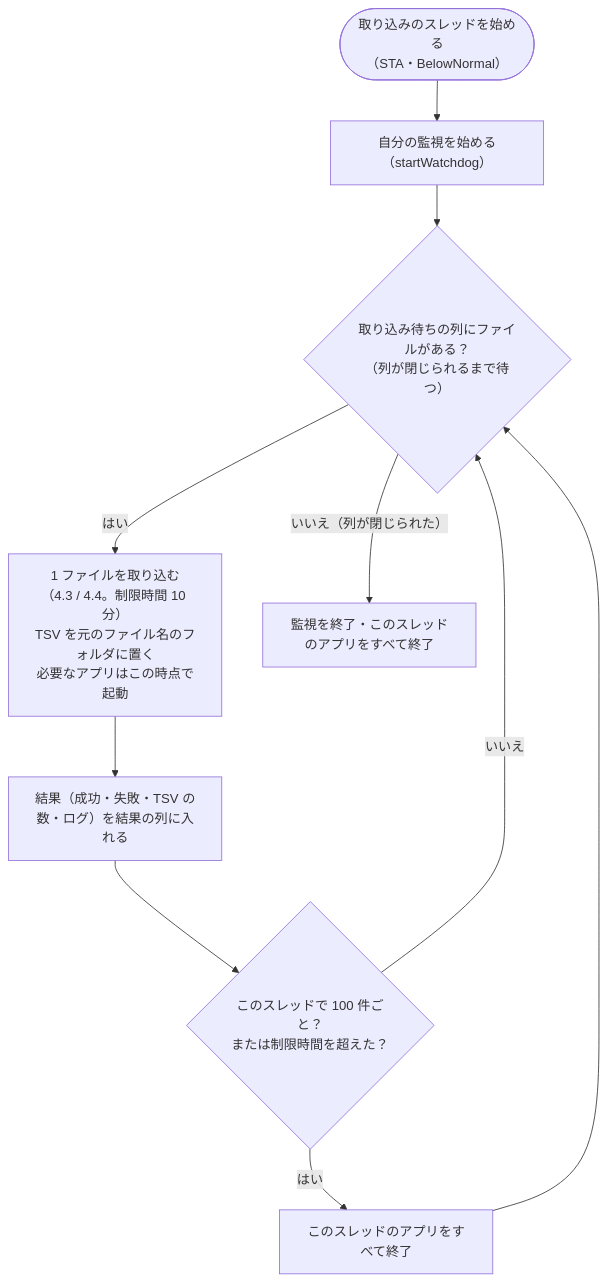
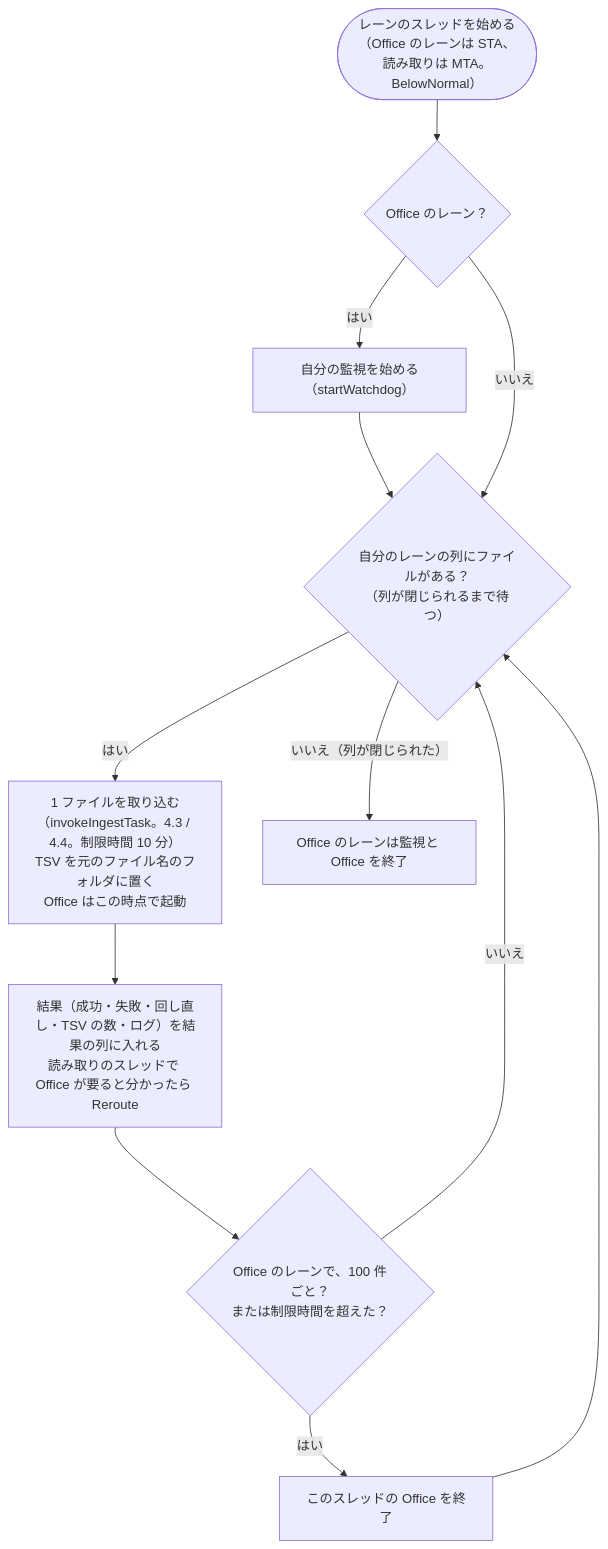
One commit to hsgwa/tebunko changed the second of 2 diagrams in docs/01_インデックス作成_4_メインフローと取り込み一覧.md. Above: the diagram before and after it, drawn with Mermaid. The commit also changed other lines of this file and 19 other files, not shown here.

````diff
--- a/docs/01_インデックス作成_4_メインフローと取り込み一覧.md
+++ b/docs/01_インデックス作成_4_メインフローと取り込み一覧.md
@@ -53,11 +55,12 @@
 ```mermaid
 flowchart TD
-    A(["取り込みのスレッドを始める<br>（STA・BelowNormal）"]) --> W["自分の監視を始める（startWatchdog）"]
-    W --> Q{"取り込み待ちの列にファイルがある？<br>（列が閉じられるまで待つ）"}
-    Q -- はい --> F["1 ファイルを取り込む（4.3 / 4.4。制限時間 10 分）<br>TSV を元のファイル名のフォルダに置く<br>必要なアプリはこの時点で起動"]
-    F --> RES["結果（成功・失敗・TSV の数・ログ）を結果の列に入れる"]
-    RES --> RS{"このスレッドで 100 件ごと？<br>または制限時間を超えた？"}
-    RS -- はい --> RS1["このスレッドのアプリをすべて終了"] --> Q
+    A(["レーンのスレッドを始める<br>（Office のレーンは STA、読み取りは MTA。BelowNormal）"]) --> OW{"Office のレーン？"}
+    OW -- はい --> W["自分の監視を始める（startWatchdog）"] --> Q
+    OW -- いいえ --> Q{"自分のレーンの列にファイルがある？<br>（列が閉じられるまで待つ）"}
+    Q -- はい --> F["1 ファイルを取り込む（invokeIngestTask。4.3 / 4.4。制限時間 10 分）<br>TSV を元のファイル名のフォルダに置く<br>Office はこの時点で起動"]
+    F --> RES["結果（成功・失敗・回し直し・TSV の数・ログ）を結果の列に入れる<br>読み取りのスレッドで Office が要ると分かったら Reroute"]
+    RES --> RS{"Office のレーンで、100 件ごと？<br>または制限時間を超えた？"}
+    RS -- はい --> RS1["このスレッドの Office を終了"] --> Q
     RS -- いいえ --> Q
-    Q -- "いいえ（列が閉じられた）" --> END["監視を終了・このスレッドのアプリをすべて終了"]
+    Q -- "いいえ（列が閉じられた）" --> END["Office のレーンは監視と Office を終了"]
 ```
````
